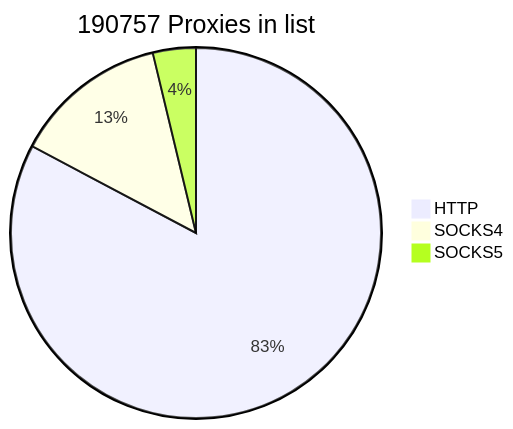
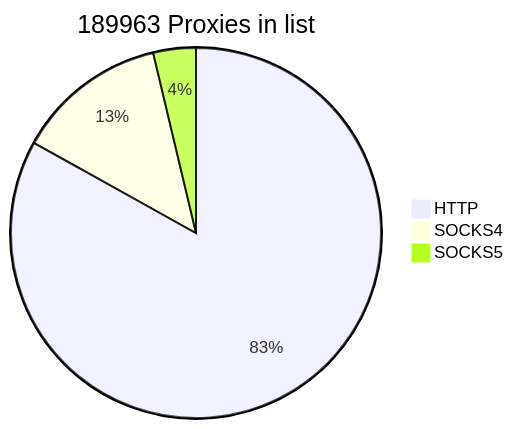
Before and after one commit to cutipu/proxylist: the first of 2 diagrams in README.md, drawn with Mermaid. The commit also changed other lines of this file, not shown here.

````diff
--- a/README.md
+++ b/README.md
@@ -2,7 +2,7 @@
 ```mermaid
-pie title 190757 Proxies in list
-    "HTTP" : 157853
-    "SOCKS4" : 25750
-    "SOCKS5" : 7154
+pie title 189963 Proxies in list
+    "HTTP" : 157823
+    "SOCKS4" : 25077
+    "SOCKS5" : 7063
             
 ```
````
